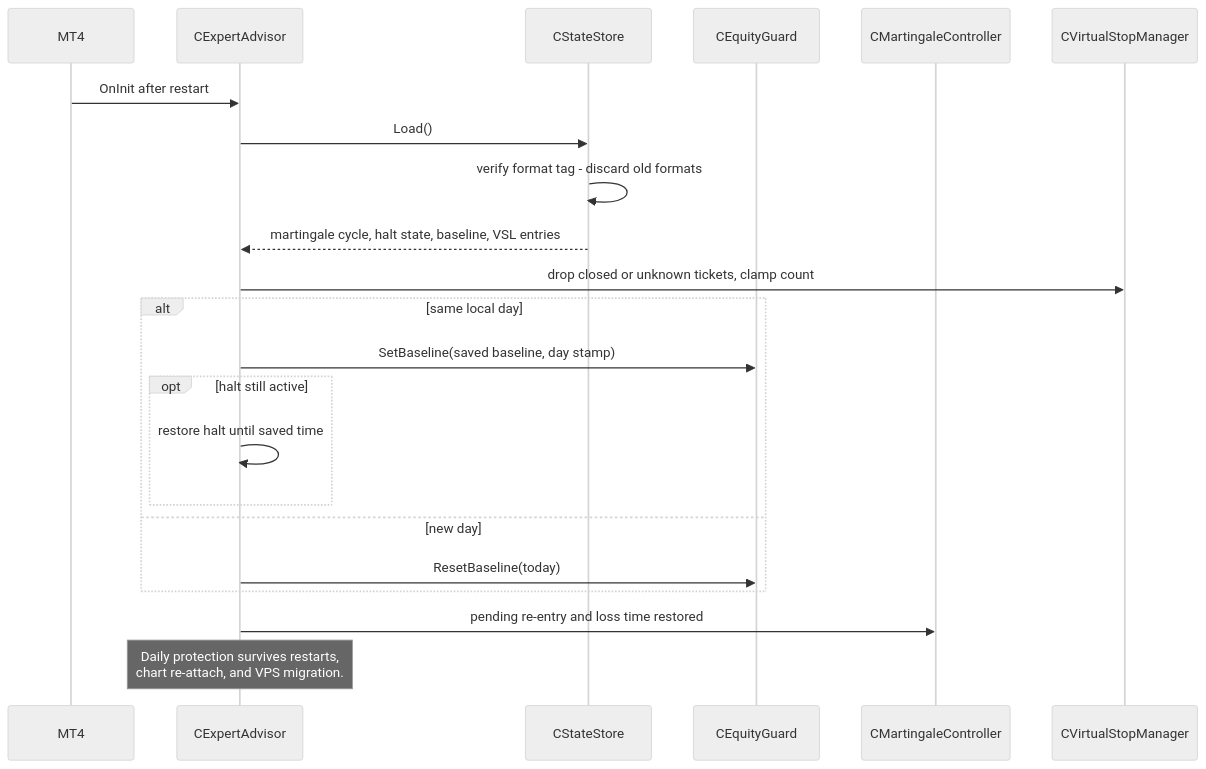
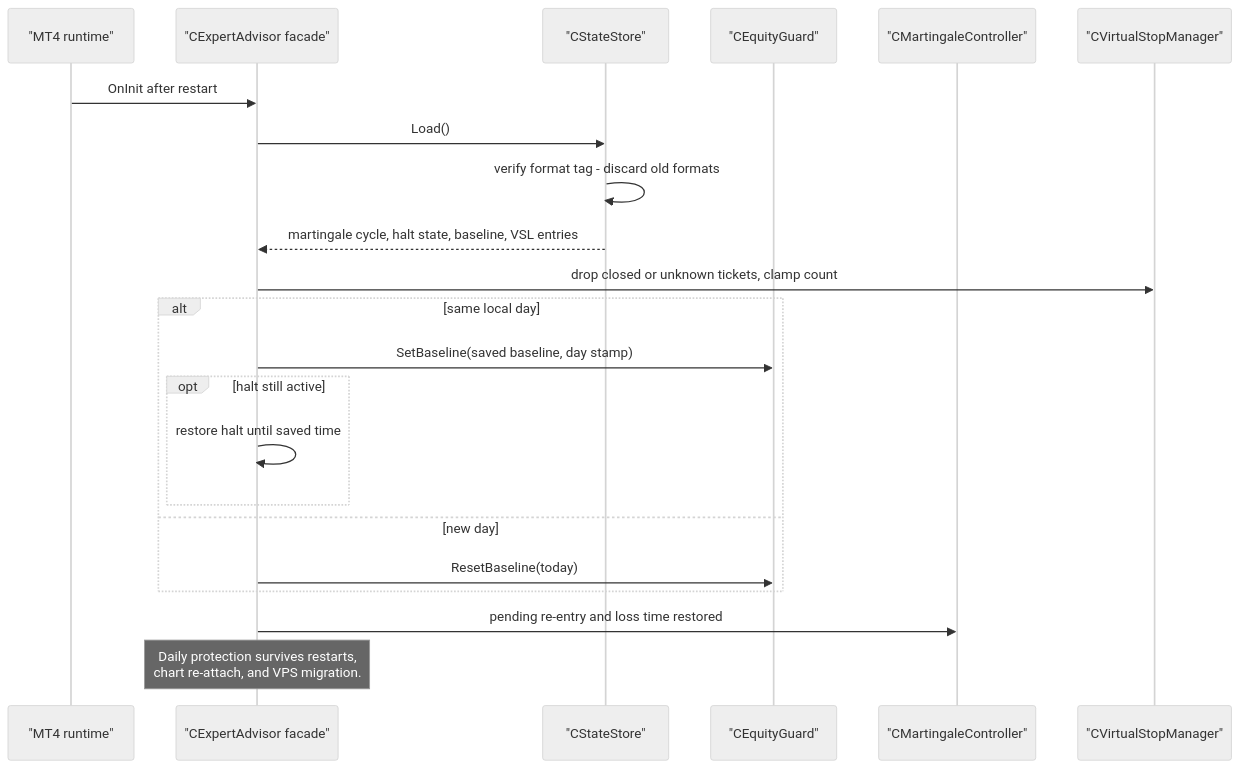
The seventh of 7 diagrams in README.md (nhasibuan/oneminuteman), drawn with Mermaid (neutral theme) before and after one commit. The commit also changed other lines of this file and 1 other file, not shown here.

````diff
--- a/README.md
+++ b/README.md
@@ -453,25 +500,25 @@
 ```mermaid
 sequenceDiagram
-    participant MT4
-    participant EA as CExpertAdvisor
-    participant Store as CStateStore
-    participant Guard as CEquityGuard
-    participant Mart as CMartingaleController
-    participant VSL as CVirtualStopManager
+    participant MT4 as "MT4 runtime"
+    participant EA as "CExpertAdvisor facade"
+    participant Store as "CStateStore"
+    participant Guard as "CEquityGuard"
+    participant Mart as "CMartingaleController"
+    participant VSL as "CVirtualStopManager"
 
     MT4->>EA: OnInit after restart
     EA->>Store: Load()
     Store->>Store: verify format tag - discard old formats
     Store-->>EA: martingale cycle, halt state, baseline, VSL entries
     EA->>VSL: drop closed or unknown tickets, clamp count
     alt same local day
         EA->>Guard: SetBaseline(saved baseline, day stamp)
         opt halt still active
             EA->>EA: restore halt until saved time
         end
     else new day
         EA->>Guard: ResetBaseline(today)
     end
     EA->>Mart: pending re-entry and loss time restored
     Note over EA: Daily protection survives restarts,<br/>chart re-attach, and VPS migration.
 ```
````
